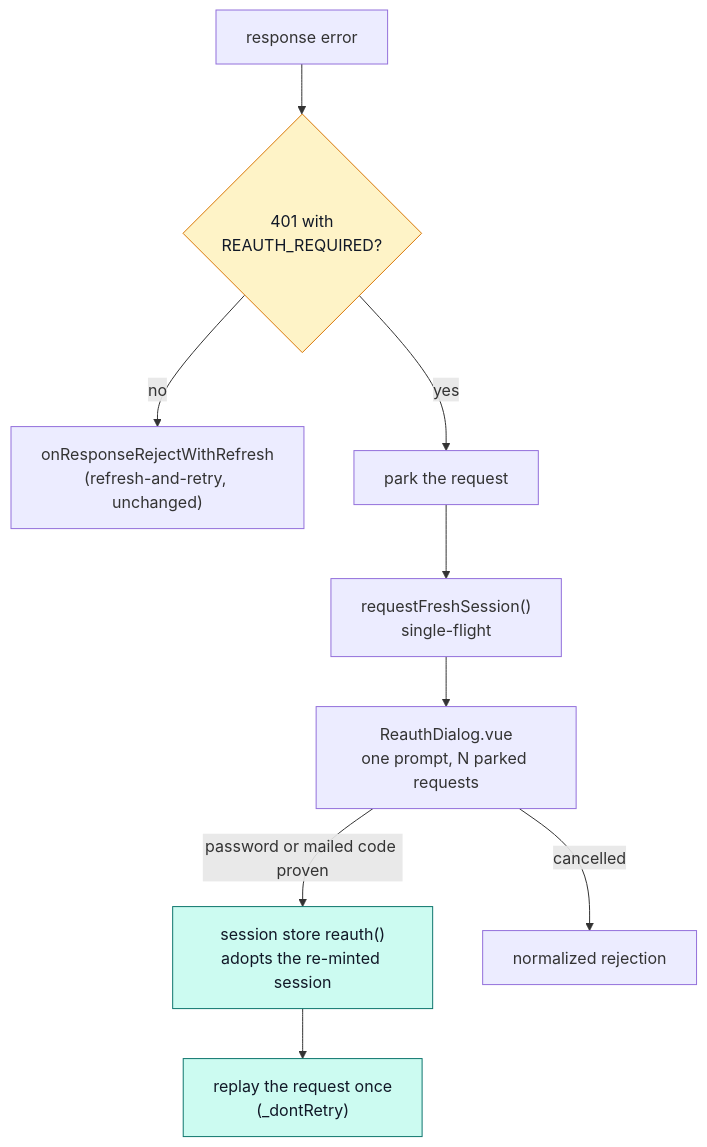
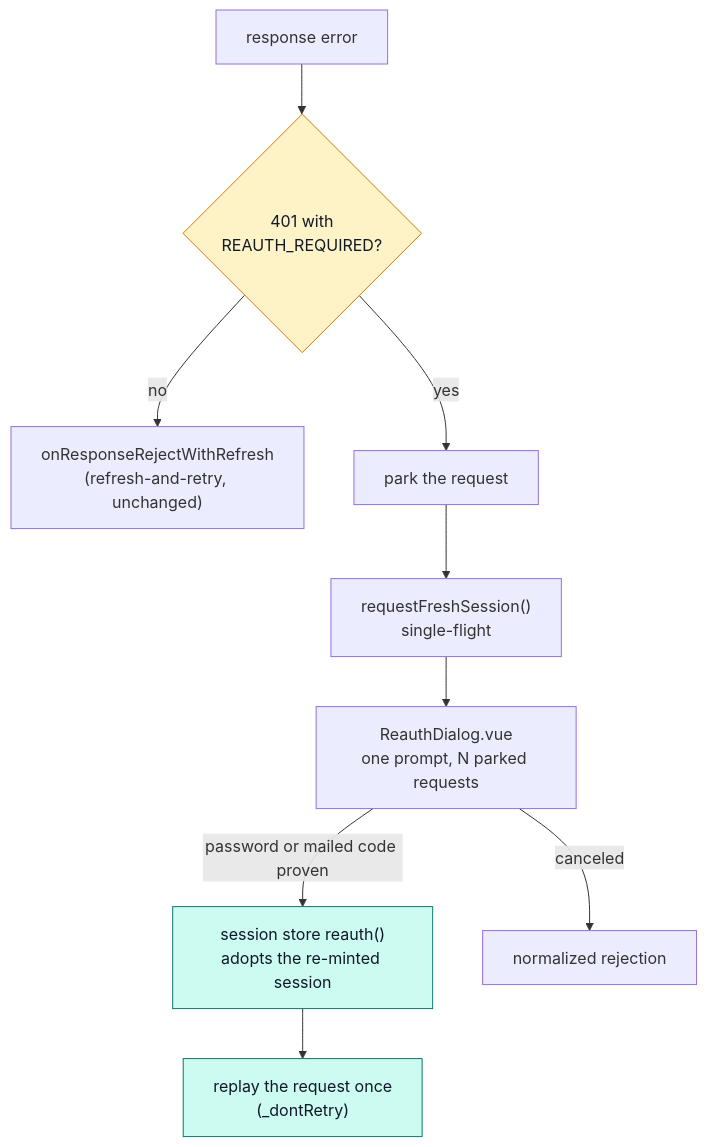
One commit to Guebbit/boilerplate-vue-frontend changed the second of 2 diagrams in docs/modules/account.md. Above: the diagram before and after it, drawn with Mermaid. The commit also changed 137 other files, not shown here.

````diff
--- a/docs/modules/account.md
+++ b/docs/modules/account.md
@@ -344,16 +344,16 @@
 ```mermaid
 flowchart TD
     R["response error"] --> S{"401 with<br/>REAUTH_REQUIRED?"}
     S -->|no| REF["onResponseRejectWithRefresh<br/>(refresh-and-retry, unchanged)"]
     S -->|yes| P["park the request"]
     P --> SF["requestFreshSession()<br/>single-flight"]
     SF --> D["ReauthDialog.vue<br/>one prompt, N parked requests"]
     D -->|password or mailed code proven| RA["session store reauth()<br/>adopts the re-minted session"]
     RA --> RP["replay the request once<br/>(_dontRetry)"]
-    D -->|cancelled| REJ["normalized rejection"]
+    D -->|canceled| REJ["normalized rejection"]
 
     classDef gate fill:#fef3c7,stroke:#d97706,color:#111827;
     classDef ok fill:#ccfbf1,stroke:#0f766e,color:#111827;
     class S gate;
     class RP,RA ok;
 ```
````
